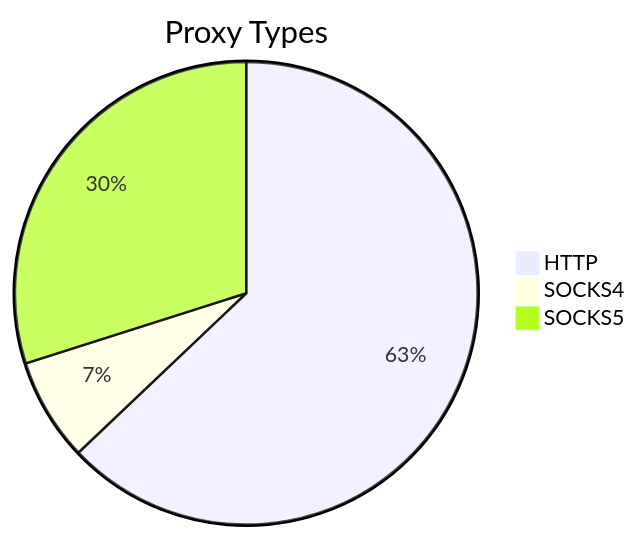
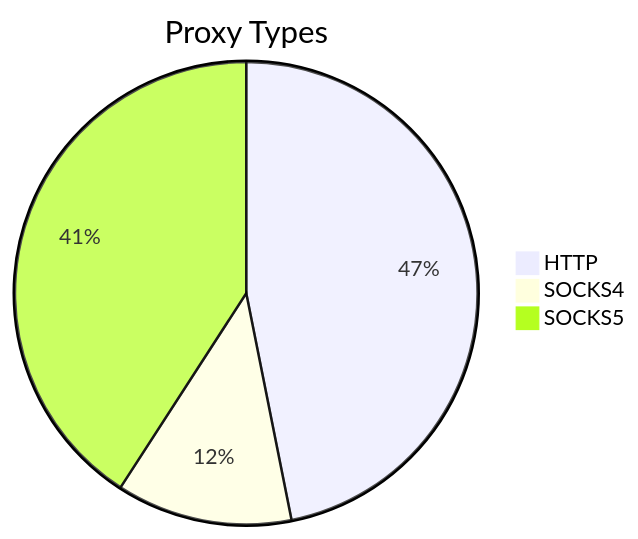
The first of 2 diagrams in README.md (stormsia/proxy-list), drawn with Mermaid before and after one commit. The commit also changed other lines of this file, not shown here.

````diff
--- a/README.md
+++ b/README.md
@@ -21,6 +21,6 @@
 ```mermaid
 pie title Proxy Types
-    "HTTP" : 385
-    "SOCKS4" : 44
-    "SOCKS5" : 183
+    "HTTP" : 351
+    "SOCKS4" : 92
+    "SOCKS5" : 306
 ```
````
